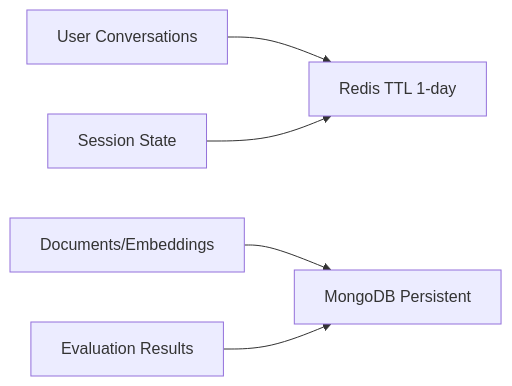
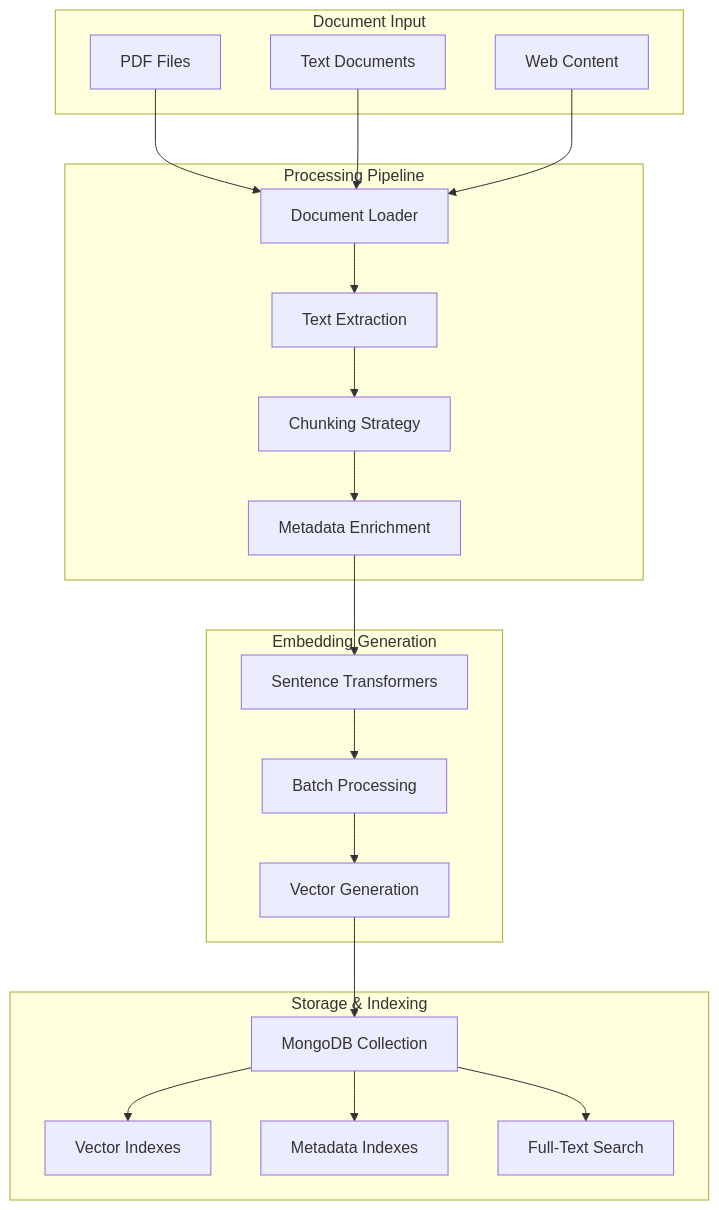
The fourth of 7 diagrams in Readme.md (joybratasarkar/career-guidance-rag), drawn with Mermaid before and after one commit. The commit also changed other lines of this file, not shown here.

First line of the commit message:
feat: Add comprehensive chatbot architecture diagram and deployment guide

````diff
--- a/Readme.md
+++ b/Readme.md
@@ -406,7 +615,42 @@
 ```mermaid
-graph LR
-    A[User Conversations] --> B[Redis TTL 1-day]
-    C[Documents/Embeddings] --> D[MongoDB Persistent]
-    E[Evaluation Results] --> D
-    F[Session State] --> B
+graph TB
+    subgraph "Document Input"
+        A[PDF Files]
+        B[Text Documents]
+        C[Web Content]
+    end
+    
+    subgraph "Processing Pipeline"
+        D[Document Loader]
+        E[Text Extraction]
+        F[Chunking Strategy]
+        G[Metadata Enrichment]
+    end
+    
+    subgraph "Embedding Generation"
+        H[Sentence Transformers]
+        I[Batch Processing]
+        J[Vector Generation]
+    end
+    
+    subgraph "Storage & Indexing"
+        K[MongoDB Collection]
+        L[Vector Indexes]
+        M[Metadata Indexes]
+        N[Full-Text Search]
+    end
+    
+    A --> D
+    B --> D
+    C --> D
+    D --> E
+    E --> F
+    F --> G
+    G --> H
+    H --> I
+    I --> J
+    J --> K
+    K --> L
+    K --> M
+    K --> N
 ```
````
